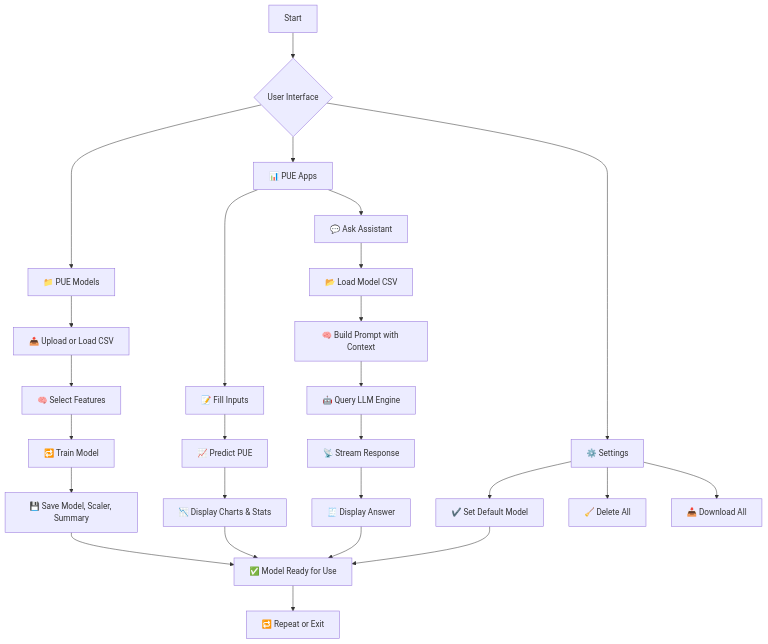
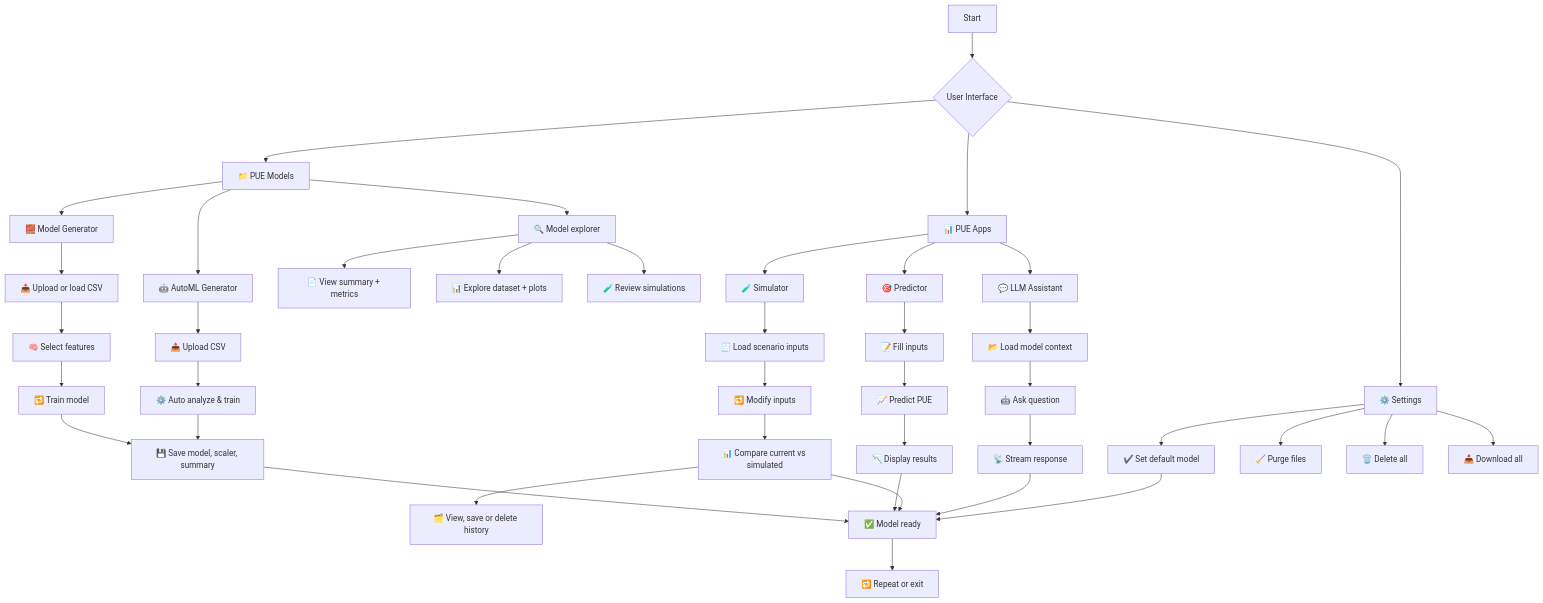
The first of 2 diagrams in README.md (dflores0806/PULSE), drawn with Mermaid before and after one commit. The commit also changed other lines of this file and 1 other file, not shown here.

Commit message:
Edited architecture

````diff
--- a/README.md
+++ b/README.md
@@ -218,35 +218,53 @@
 ```mermaid
 flowchart TD
     A[Start] --> B{User Interface}
-    
+
     B --> C1[📁 PUE Models]
-    C1 --> D1[📤 Upload or Load CSV]
-    D1 --> E1[🧠 Select Features]
-    E1 --> F1[🔁 Train Model]
-    F1 --> G1[💾 Save Model, Scaler, Summary]
+    C1 --> D1[🧱 Model Generator]
+    D1 --> D1a[📤 Upload or load CSV]
+    D1a --> D1b[🧠 Select features]
+    D1b --> D1c[🔁 Train model]
+    D1c --> D1d[💾 Save model, scaler, summary]
+
+    C1 --> D2[🤖 AutoML Generator]
+    D2 --> D2a[📤 Upload CSV]
+    D2a --> D2b[⚙️ Auto analyze & train]
+    D2b --> D1d
+
+    C1 --> D3[🔍 Model explorer]
+    D3 --> D3a[📄 View summary + metrics]
+    D3 --> D3b[📊 Explore dataset + plots]
+    D3 --> D3c[🧪 Review simulations]
 
     B --> C2[📊 PUE Apps]
-    C2 --> D2[📝 Fill Inputs]
-    D2 --> E2[📈 Predict PUE]
-    E2 --> F2[📉 Display Charts & Stats]
+    C2 --> E1[🎯 Predictor]
+    E1 --> E1a[📝 Fill inputs]
+    E1a --> E1b[📈 Predict PUE]
+    E1b --> E1c[📉 Display results]
 
-    C2 --> D3[💬 Ask Assistant]
-    D3 --> E3[📂 Load Model CSV]
-    E3 --> F3[🧠 Build Prompt with Context]
-    F3 --> G3[🤖 Query LLM Engine]
-    G3 --> H3[📡 Stream Response]
-    H3 --> I3[🧾 Display Answer]
+    C2 --> E2[🧪 Simulator]
+    E2 --> E2a[🧾 Load scenario inputs]
+    E2a --> E2b[🔁 Modify inputs]
+    E2b --> E2c[📊 Compare current vs simulated]
+    E2c --> E2d[🗂️ View, save or delete history]
+
+    C2 --> E3[💬 LLM Assistant]
+    E3 --> E3a[📂 Load model context]
+    E3a --> E3b[🤖 Ask question]
+    E3b --> E3c[📡 Stream response]
 
     B --> C3[⚙️ Settings]
-    C3 --> D4[✔️ Set Default Model]
-    C3 --> D5[🧹 Delete All]
-    C3 --> D6[📥 Download All]
+    C3 --> F1[✔️ Set default model]
+    C3 --> F2[🧹 Purge files]
+    C3 --> F3[🗑️ Delete all]
+    C3 --> F4[📥 Download all]
 
-    G1 --> J[✅ Model Ready for Use]
-    F2 --> J
-    I3 --> J
-    D4 --> J
+    D1d --> G[✅ Model ready]
+    E1c --> G
+    E2c --> G
+    E3c --> G
+    F1 --> G
 
-    J --> K[🔁 Repeat or Exit]
+    G --> H[🔁 Repeat or exit]
 
 ```
````
